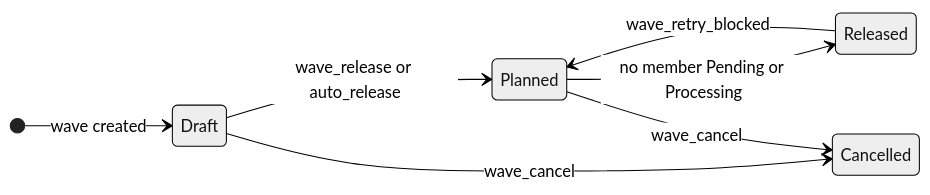
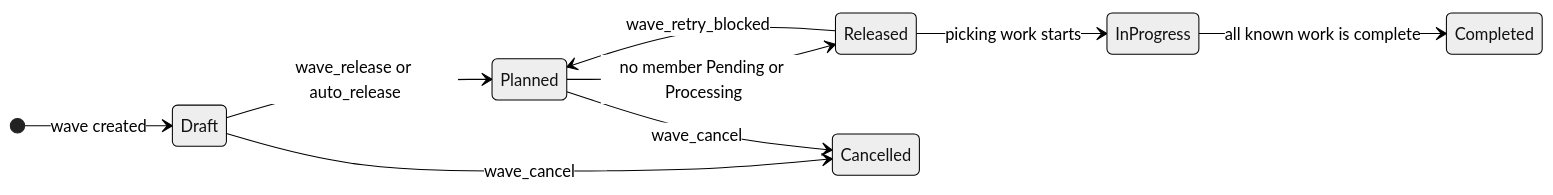
One commit to msmurygin/quark-docs changed the third of 4 diagrams in docs-obsidian/user-guide/diagrams/allocation/12-journey-wave.md. Above: the diagram before and after it, drawn with Mermaid (neutral theme). The commit also changed other lines of this file and 10 other files, not shown here.

````diff
--- a/docs-obsidian/user-guide/diagrams/allocation/12-journey-wave.md
+++ b/docs-obsidian/user-guide/diagrams/allocation/12-journey-wave.md
@@ -87,10 +87,12 @@
 ```mermaid
 stateDiagram-v2
     direction LR
     [*] --> Draft: wave created
     Draft --> Planned: wave_release or auto_release
     Planned --> Released: no member Pending or Processing
     Released --> Planned: wave_retry_blocked
+    Released --> InProgress: picking work starts
+    InProgress --> Completed: all known work is complete
     Draft --> Cancelled: wave_cancel
     Planned --> Cancelled: wave_cancel
 ```
````
